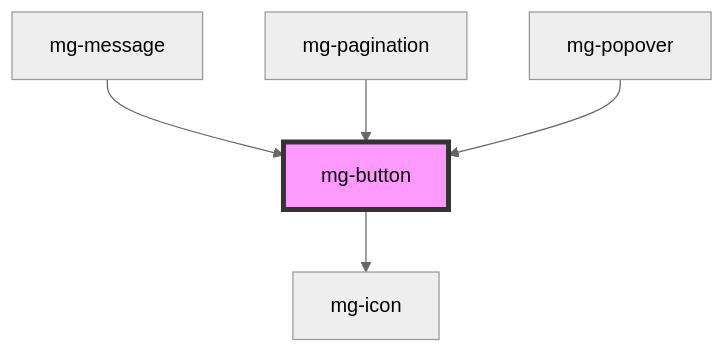
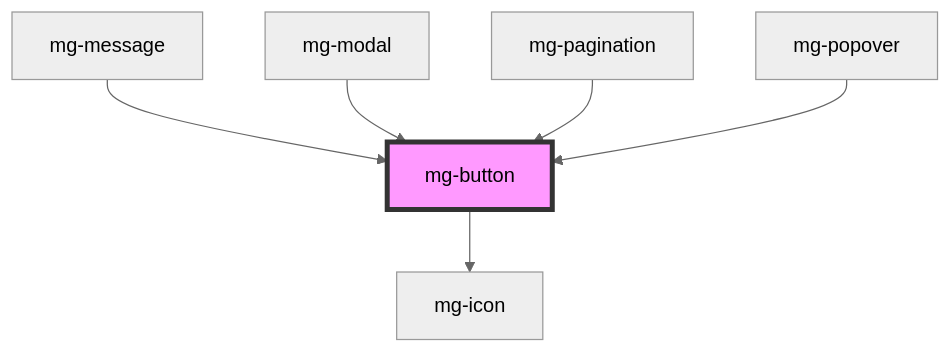
Before and after one commit to MGDIS/mg-components: the diagram in src/components/atoms/mg-button/readme.md, drawn with Mermaid (neutral theme). The commit also changed other lines of this file and 13 other files, not shown here.

````diff
--- a/src/components/atoms/mg-button/readme.md
+++ b/src/components/atoms/mg-button/readme.md
@@ -31,8 +32,9 @@
 ```mermaid
 graph TD;
   mg-button --> mg-icon
   mg-message --> mg-button
+  mg-modal --> mg-button
   mg-pagination --> mg-button
   mg-popover --> mg-button
   style mg-button fill:#f9f,stroke:#333,stroke-width:4px
 ```
````
